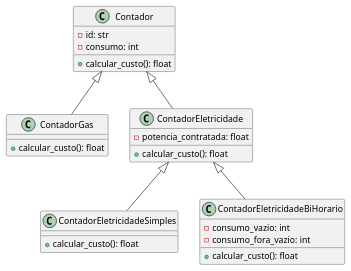
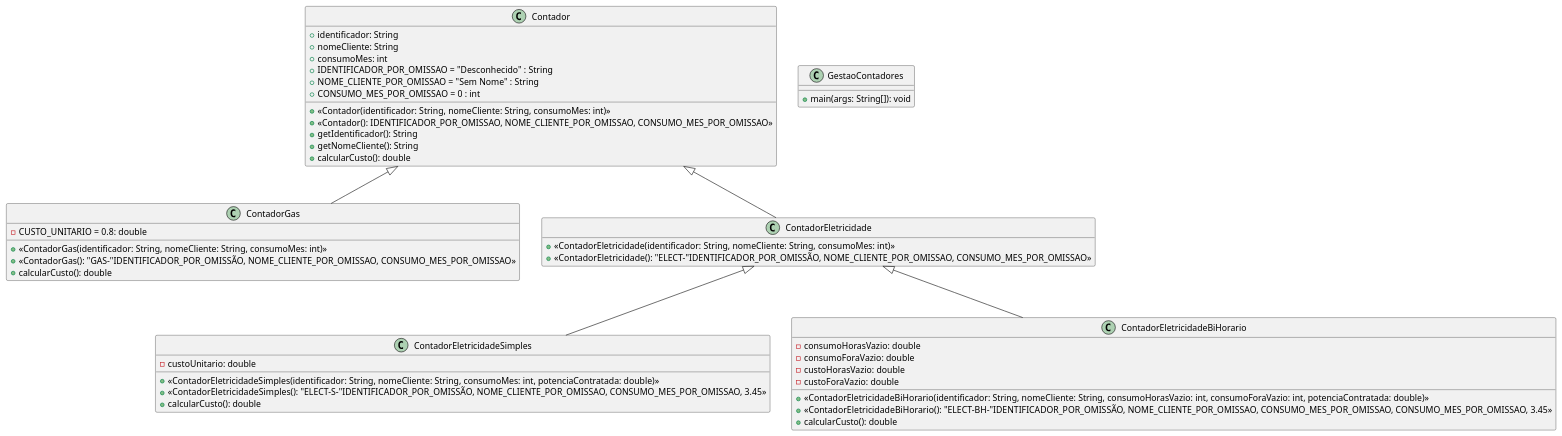
The diagram in SEMESTRE_2/PPROG_/Contadores/src/main/java/org/example/DiagramaContadores.puml (JFCarneiro99/LEI_ISEP), drawn with PlantUML before and after one commit. The commit also changed 12 other files, not shown here.

```diff
--- a/SEMESTRE_2/PPROG_/Contadores/src/main/java/org/example/DiagramaContadores.puml
+++ b/SEMESTRE_2/PPROG_/Contadores/src/main/java/org/example/DiagramaContadores.puml
@@ -1,33 +1,54 @@
 @startuml
-
 class Contador {
-    - id: str
-    - consumo: int
-    + calcular_custo(): float
+    + identificador: String
+    + nomeCliente: String
+    + consumoMes: int
+    + IDENTIFICADOR_POR_OMISSAO = "Desconhecido" : String
+    + NOME_CLIENTE_POR_OMISSAO = "Sem Nome" : String
+    + CONSUMO_MES_POR_OMISSAO = 0 : int
+    + «Contador(identificador: String, nomeCliente: String, consumoMes: int)»
+    + «Contador(): IDENTIFICADOR_POR_OMISSAO, NOME_CLIENTE_POR_OMISSAO, CONSUMO_MES_POR_OMISSAO»
+    + getIdentificador(): String
+    + getNomeCliente(): String
+    + calcularCusto(): double
 }
 
 class ContadorGas {
-    + calcular_custo(): float
+    - CUSTO_UNITARIO = 0.8: double
+    + «ContadorGas(identificador: String, nomeCliente: String, consumoMes: int)»
+    + «ContadorGas(): "GAS-"IDENTIFICADOR_POR_OMISSÃO, NOME_CLIENTE_POR_OMISSAO, CONSUMO_MES_POR_OMISSAO»
+    + calcularCusto(): double
 }
 
 class ContadorEletricidade {
-    - potencia_contratada: float
-    + calcular_custo(): float
+    + «ContadorEletricidade(identificador: String, nomeCliente: String, consumoMes: int)»
+    + «ContadorEletricidade(): "ELECT-"IDENTIFICADOR_POR_OMISSÃO, NOME_CLIENTE_POR_OMISSAO, CONSUMO_MES_POR_OMISSAO»
 }
+hide ContadorEletricidade fields
 
 class ContadorEletricidadeSimples {
-    + calcular_custo(): float
+    - custoUnitario: double
+    + «ContadorEletricidadeSimples(identificador: String, nomeCliente: String, consumoMes: int, potenciaContratada: double)»
+    + «ContadorEletricidadeSimples(): "ELECT-S-"IDENTIFICADOR_POR_OMISSÃO, NOME_CLIENTE_POR_OMISSAO, CONSUMO_MES_POR_OMISSAO, 3.45»
+    + calcularCusto(): double
 }
 
 class ContadorEletricidadeBiHorario {
-    - consumo_vazio: int
-    - consumo_fora_vazio: int
-    + calcular_custo(): float
+    - consumoHorasVazio: double
+    - consumoForaVazio: double
+    - custoHorasVazio: double
+    - custoForaVazio: double
+    + «ContadorEletricidadeBiHorario(identificador: String, nomeCliente: String, consumoHorasVazio: int, consumoForaVazio: int, potenciaContratada: double)»
+    + «ContadorEletricidadeBiHorario(): "ELECT-BH-"IDENTIFICADOR_POR_OMISSÃO, NOME_CLIENTE_POR_OMISSAO, CONSUMO_MES_POR_OMISSAO, CONSUMO_MES_POR_OMISSAO, 3.45»
+    + calcularCusto(): double
+}
+
+class GestaoContadores {
+    + main(args: String[]): void
 }
 
 Contador <|-- ContadorGas
 Contador <|-- ContadorEletricidade
 ContadorEletricidade <|-- ContadorEletricidadeSimples
 ContadorEletricidade <|-- ContadorEletricidadeBiHorario
-
 @enduml
```
